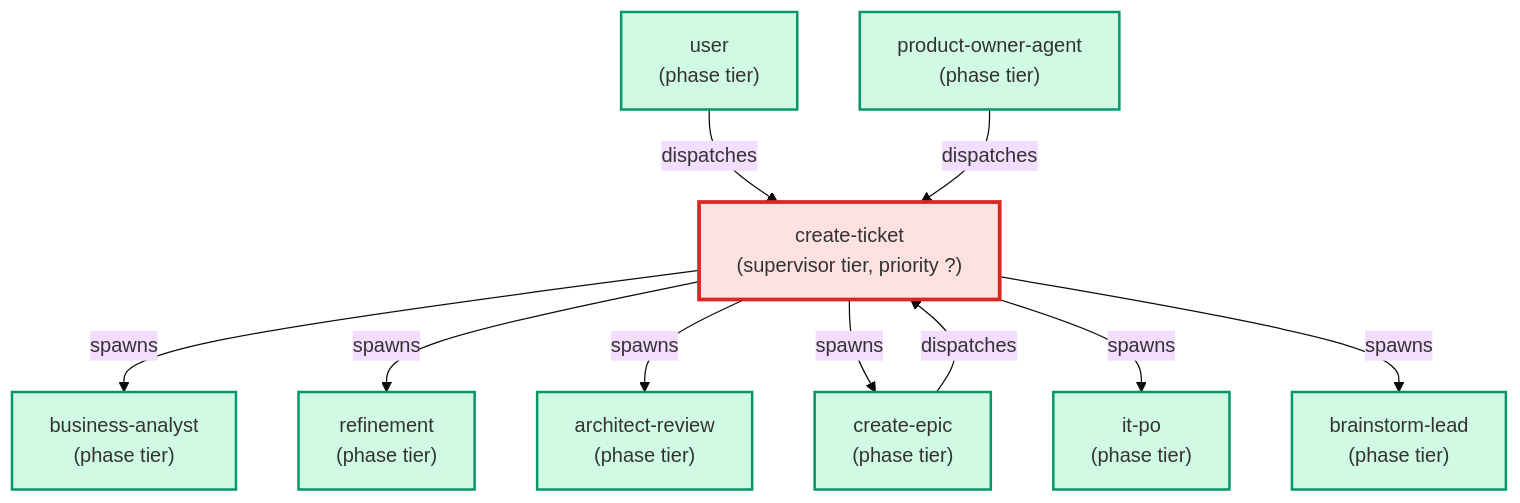
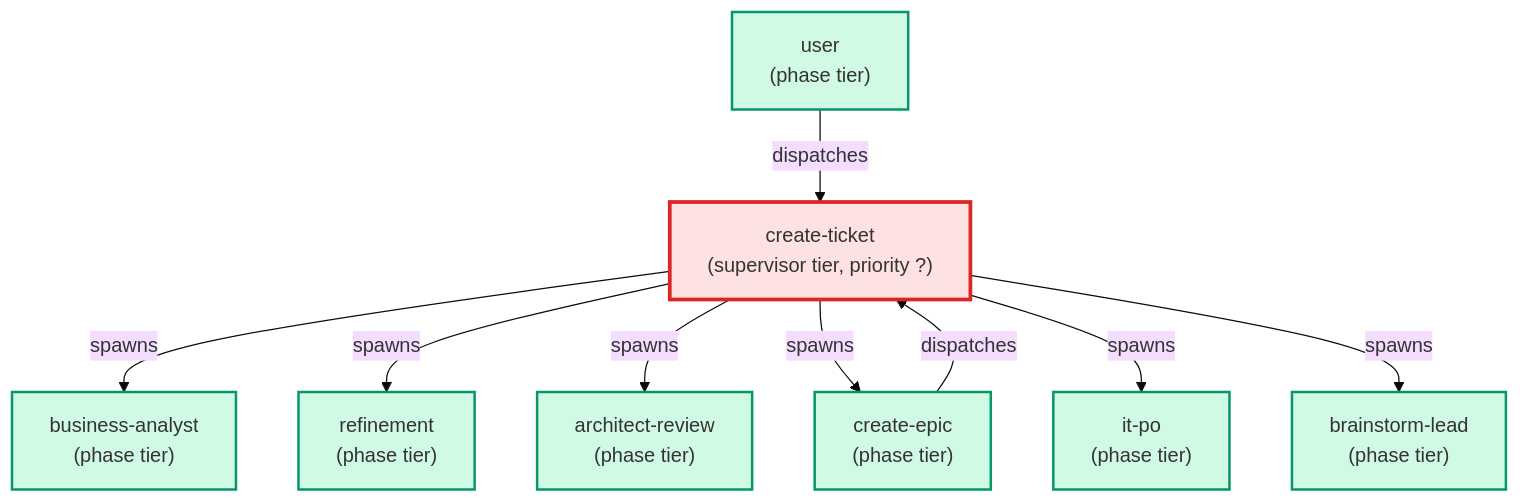
Before and after one commit to urlmonitor/leafcutter-ai: the diagram in docs/agents/cards/create-ticket.card.md, drawn with Mermaid (base theme). The commit also changed other lines of this file and 5 other files, not shown here.

First line of the commit message:
chore(ac-driven-dev): remove retired product-owner-agent and test-planner artifacts (#ACD-1100d-1)

````diff
--- a/docs/agents/cards/create-ticket.card.md
+++ b/docs/agents/cards/create-ticket.card.md
@@ -46,28 +46,26 @@
 ```mermaid
 flowchart TD
     classDef supervisor fill:#dbeafe,stroke:#2563eb,stroke-width:2px
     classDef phase fill:#d1fae5,stroke:#059669,stroke-width:2px
     classDef utility fill:#f3f4f6,stroke:#4b5563,stroke-width:2px
     classDef target fill:#fee2e2,stroke:#dc2626,stroke-width:3px
 
     user["user\n(phase tier)"]:::phase
     create_epic["create-epic\n(phase tier)"]:::phase
-    product_owner_agent["product-owner-agent\n(phase tier)"]:::phase
     create_ticket["create-ticket\n(supervisor tier, priority ?)"]:::target
     business_analyst["business-analyst\n(phase tier)"]:::phase
     refinement["refinement\n(phase tier)"]:::phase
     architect_review["architect-review\n(phase tier)"]:::phase
     create_epic["create-epic\n(phase tier)"]:::phase
     it_po["it-po\n(phase tier)"]:::phase
     brainstorm_lead["brainstorm-lead\n(phase tier)"]:::phase
 
     user -->|dispatches| create_ticket
     create_epic -->|dispatches| create_ticket
-    product_owner_agent -->|dispatches| create_ticket
     create_ticket -->|spawns| business_analyst
     create_ticket -->|spawns| refinement
     create_ticket -->|spawns| architect_review
     create_ticket -->|spawns| create_epic
     create_ticket -->|spawns| it_po
     create_ticket -->|spawns| brainstorm_lead
 ```
````
